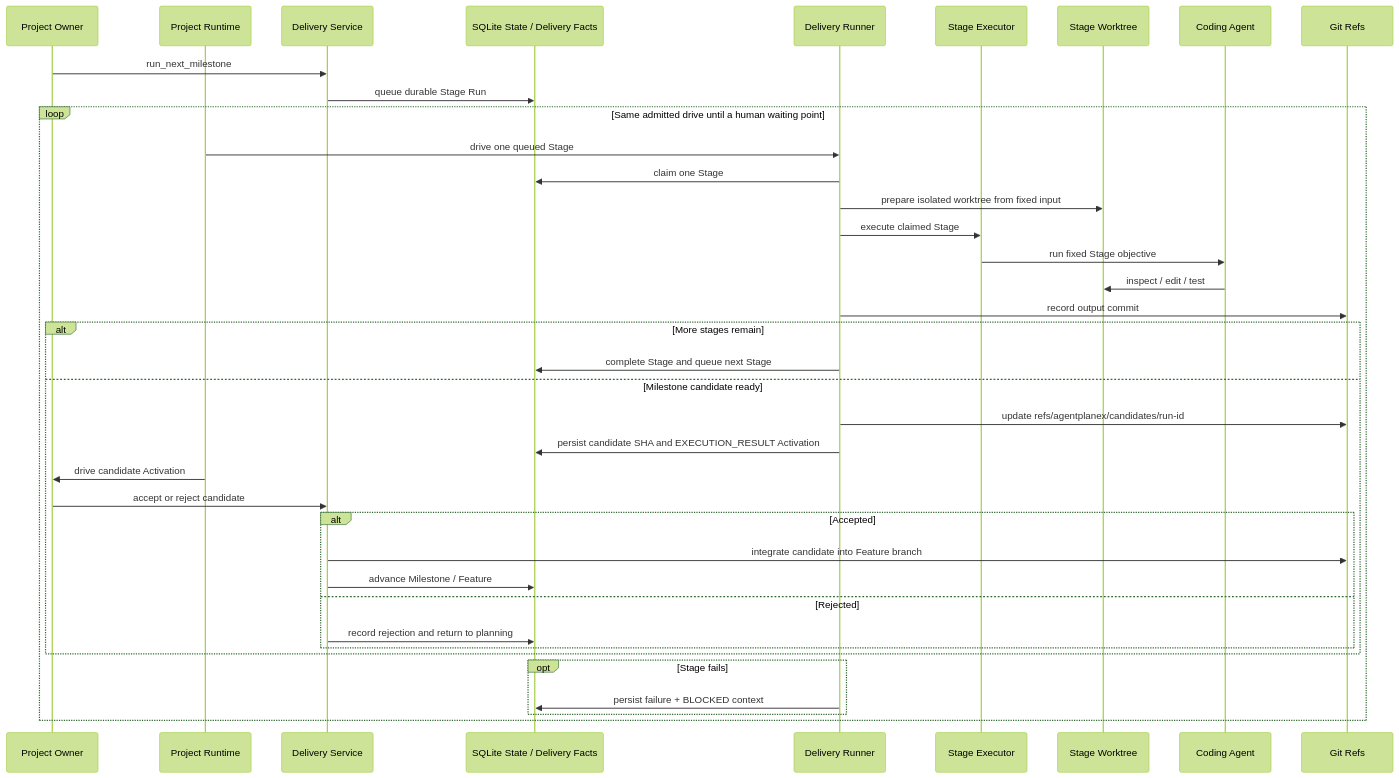
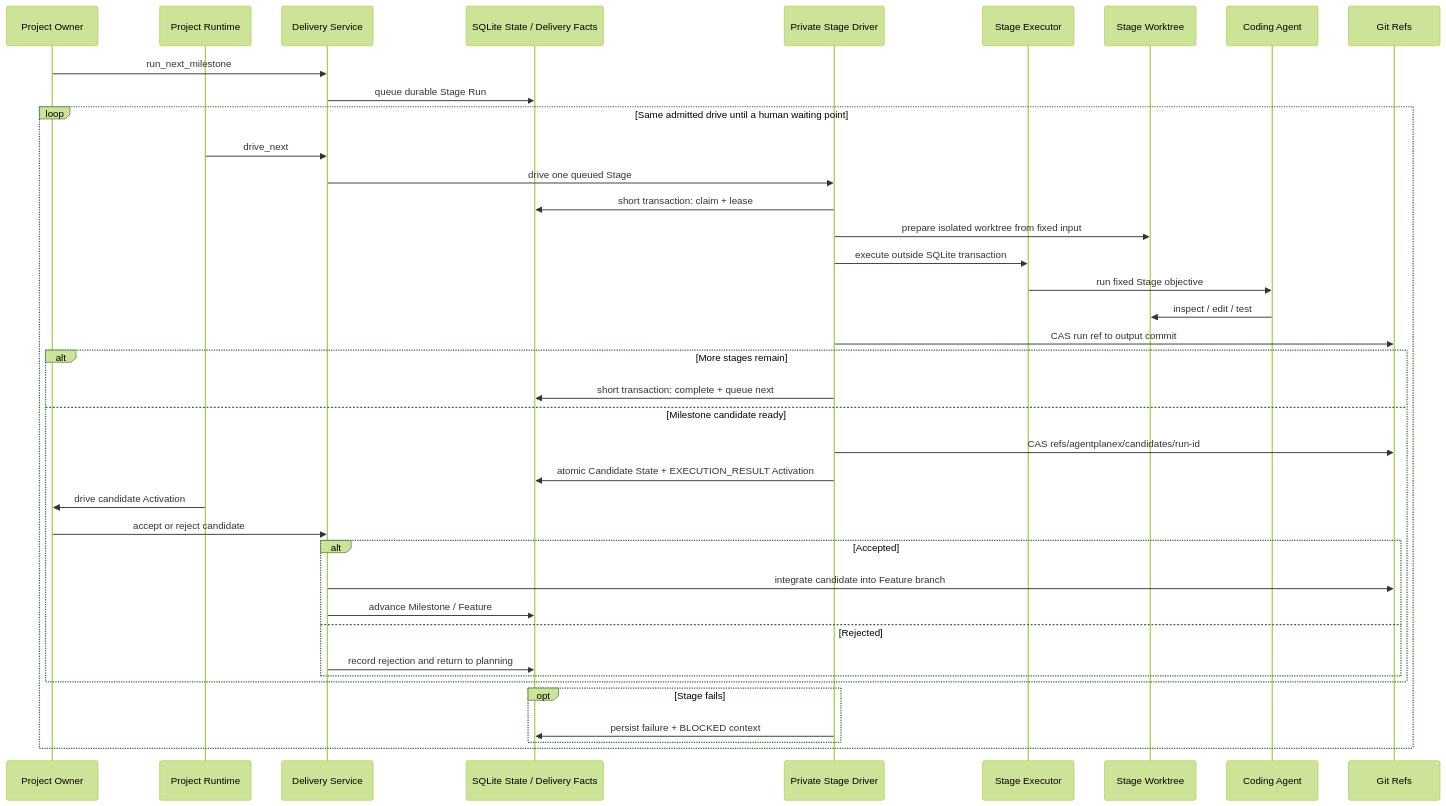
Before and after one commit to aowo-1345/AgentPanelX: the sixth of 10 diagrams in docs/architecture.md, drawn with Mermaid (forest theme). The commit also changed other lines of this file and 21 other files, not shown here.

Commit message:
refactor: encapsulate stage delivery lifecycle

````diff
--- a/docs/architecture.md
+++ b/docs/architecture.md
@@ -332,41 +334,42 @@
 ```mermaid
 sequenceDiagram
     participant Owner as Project Owner
     participant Runtime as Project Runtime
     participant Delivery as Delivery Service
     participant DB as SQLite State / Delivery Facts
-    participant Runner as Delivery Runner
+    participant Driver as Private Stage Driver
     participant Stage as Stage Executor
     participant WT as Stage Worktree
     participant Agent as Coding Agent
     participant Git as Git Refs
 
     Owner->>Delivery: run_next_milestone
     Delivery->>DB: queue durable Stage Run
     loop Same admitted drive until a human waiting point
-        Runtime->>Runner: drive one queued Stage
-        Runner->>DB: claim one Stage
-        Runner->>WT: prepare isolated worktree from fixed input
-        Runner->>Stage: execute claimed Stage
+        Runtime->>Delivery: drive_next
+        Delivery->>Driver: drive one queued Stage
+        Driver->>DB: short transaction: claim + lease
+        Driver->>WT: prepare isolated worktree from fixed input
+        Driver->>Stage: execute outside SQLite transaction
         Stage->>Agent: run fixed Stage objective
         Agent->>WT: inspect / edit / test
-        Runner->>Git: record output commit
+        Driver->>Git: CAS run ref to output commit
         alt More stages remain
-            Runner->>DB: complete Stage and queue next Stage
+            Driver->>DB: short transaction: complete + queue next
         else Milestone candidate ready
-            Runner->>Git: update refs/agentplanex/candidates/run-id
-            Runner->>DB: persist candidate SHA and EXECUTION_RESULT Activation
+            Driver->>Git: CAS refs/agentplanex/candidates/run-id
+            Driver->>DB: atomic Candidate State + EXECUTION_RESULT Activation
             Runtime->>Owner: drive candidate Activation
             Owner->>Delivery: accept or reject candidate
             alt Accepted
                 Delivery->>Git: integrate candidate into Feature branch
                 Delivery->>DB: advance Milestone / Feature
             else Rejected
                 Delivery->>DB: record rejection and return to planning
             end
         end
         opt Stage fails
-            Runner->>DB: persist failure + BLOCKED context
+            Driver->>DB: persist failure + BLOCKED context
         end
     end
 ```
````
